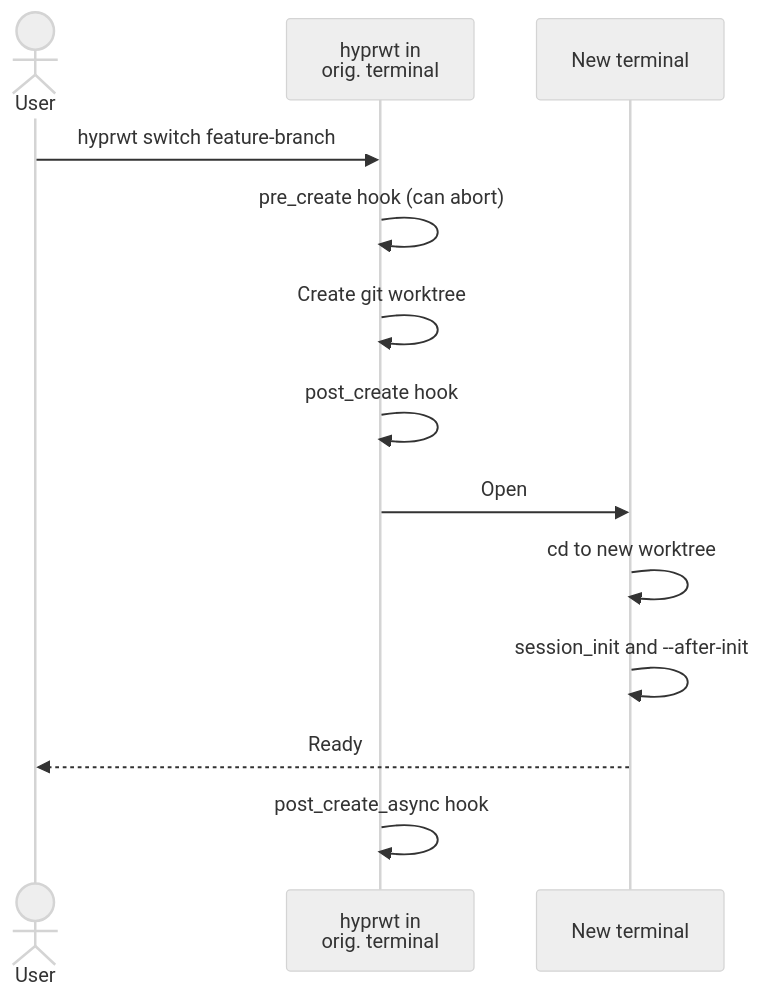
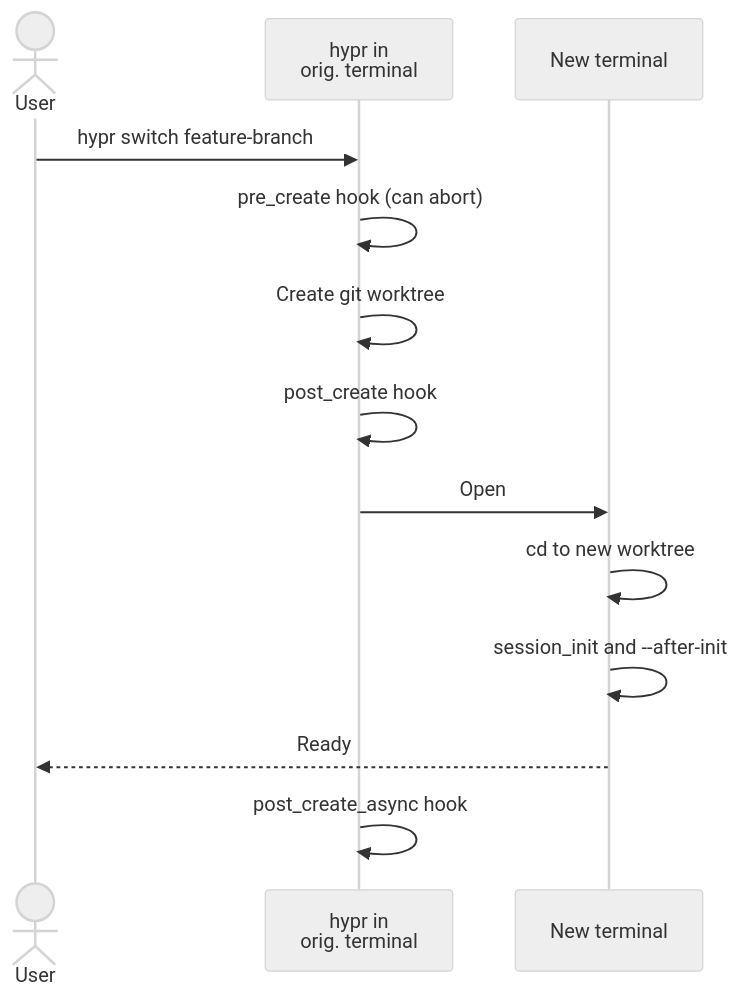
Before and after one commit to Stephanvs/hypr: the first of 3 diagrams in docs/lifecyclehooks.md, drawn with Mermaid (neutral theme). The commit also changed other lines of this file and 45 other files, not shown here.

Commit message:
feat: rename hyprwt -> hypr

````diff
--- a/docs/lifecyclehooks.md
+++ b/docs/lifecyclehooks.md
@@ -73,16 +73,16 @@
 ```mermaid
 sequenceDiagram
     actor User
-    participant hyprwt as hyprwt in<br>orig. terminal
+    participant hypr as hypr in<br>orig. terminal
     participant Terminal as New terminal
 
-    User->>hyprwt: hyprwt switch feature-branch
-    hyprwt->>hyprwt: pre_create hook (can abort)
-    hyprwt->>hyprwt: Create git worktree
-    hyprwt->>hyprwt: post_create hook
-    hyprwt->>Terminal: Open
+    User->>hypr: hypr switch feature-branch
+    hypr->>hypr: pre_create hook (can abort)
+    hypr->>hypr: Create git worktree
+    hypr->>hypr: post_create hook
+    hypr->>Terminal: Open
     Terminal->>Terminal: cd to new worktree
     Terminal->>Terminal: session_init and --after-init
     Terminal-->>User: Ready
-    hyprwt->>hyprwt: post_create_async hook
+    hypr->>hypr: post_create_async hook
 ```
````
